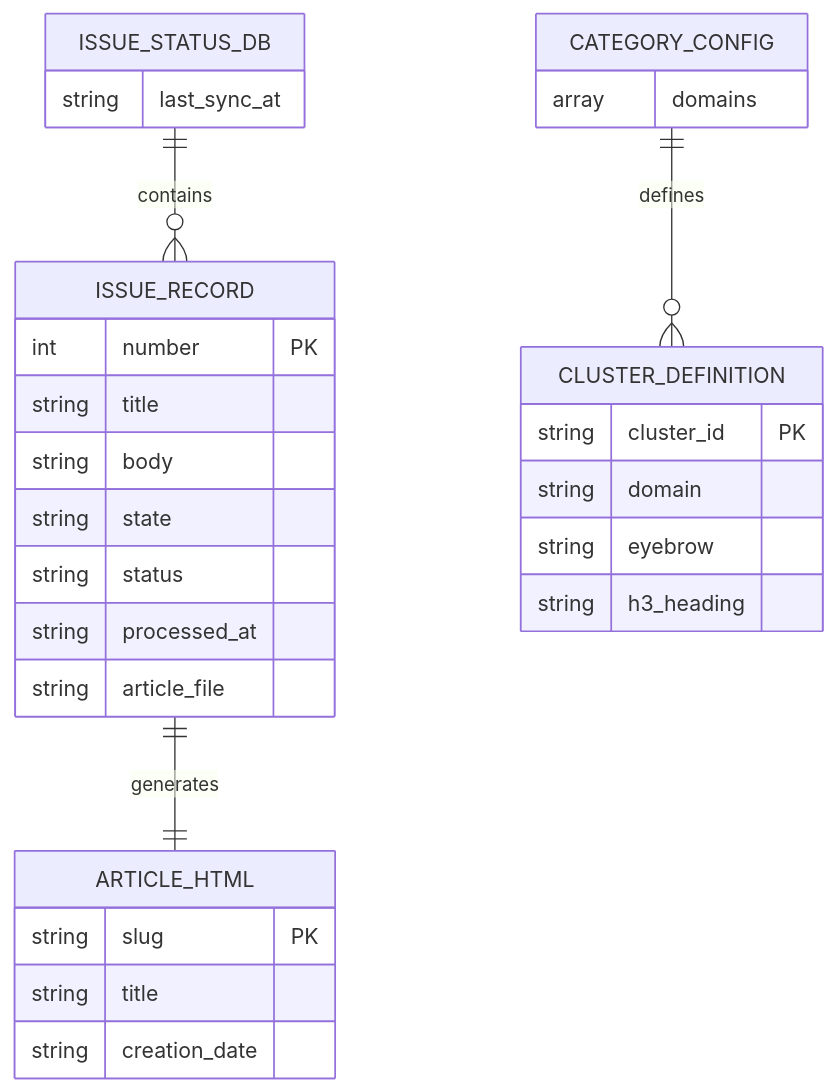
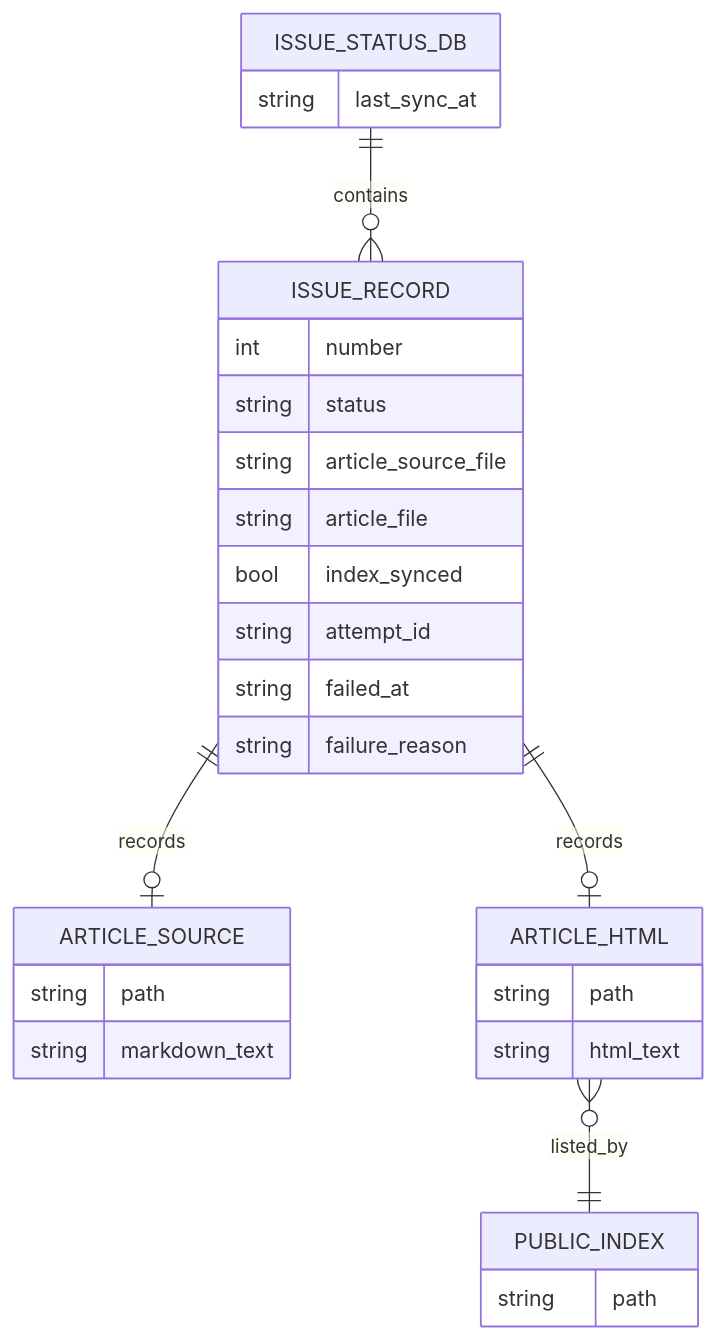
Before and after one commit to xzyozi/knowage-bank: the diagram in docs/design/KNB-DS-001_データ構造仕様書_永続化データスキーマ.md, drawn with Mermaid. The commit also changed other lines of this file and 2 other files, not shown here.

````diff
--- a/docs/design/KNB-DS-001_データ構造仕様書_永続化データスキーマ.md
+++ b/docs/design/KNB-DS-001_データ構造仕様書_永続化データスキーマ.md
@@ -45,33 +22,12 @@
 ```mermaid
 erDiagram
-    ISSUE_STATUS_DB ||--o{ ISSUE_RECORD : contains
-    CATEGORY_CONFIG ||--o{ CLUSTER_DEFINITION : defines
-    ISSUE_RECORD ||--|| ARTICLE_HTML : generates
-
-    ISSUE_STATUS_DB {
-        string last_sync_at
-    }
-    ISSUE_RECORD {
-        int number PK
-        string title
-        string body
-        string state
-        string status
-        string processed_at
-        string article_file
-    }
-    CATEGORY_CONFIG {
-        array domains
-    }
-    CLUSTER_DEFINITION {
-        string cluster_id PK
-        string domain
-        string eyebrow
-        string h3_heading
-    }
-    ARTICLE_HTML {
-        string slug PK
-        string title
-        string creation_date
-    }
+  ISSUE_STATUS_DB ||--o{ ISSUE_RECORD : contains
+  ISSUE_RECORD ||--o| ARTICLE_SOURCE : records
+  ISSUE_RECORD ||--o| ARTICLE_HTML : records
+  ARTICLE_HTML }o--|| PUBLIC_INDEX : listed_by
+  ISSUE_STATUS_DB { string last_sync_at }
+  ISSUE_RECORD { int number string status string article_source_file string article_file bool index_synced string attempt_id string failed_at string failure_reason }
+  ARTICLE_SOURCE { string path string markdown_text }
+  ARTICLE_HTML { string path string html_text }
+  PUBLIC_INDEX { string path }
 ```
````
